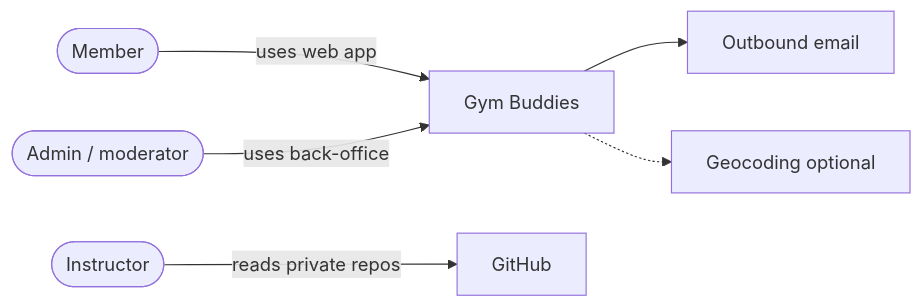
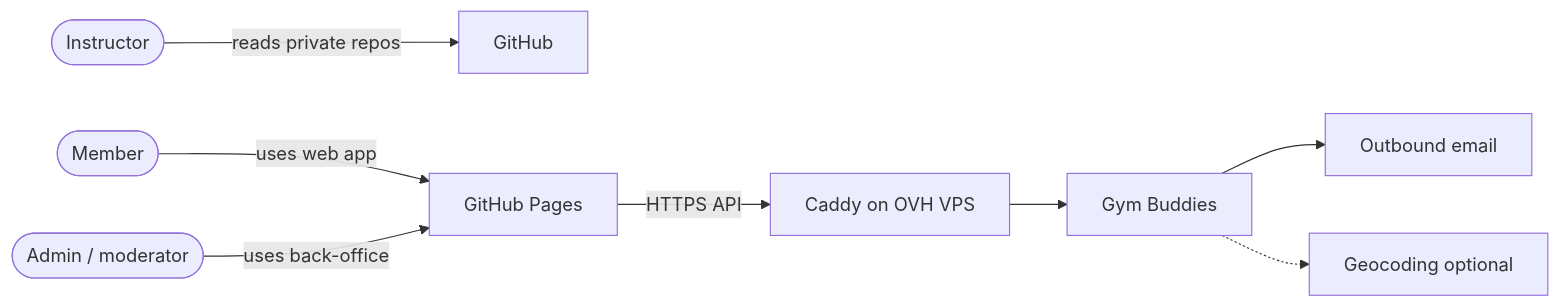
The diagram in 20-Architecture/02-System-context.md (Projet-de-compensation-2025-2026/gym-buddy-documentation), drawn with Mermaid before and after one commit. The commit also changed other lines of this file and 26 other files, not shown here.

````diff
--- a/20-Architecture/02-System-context.md
+++ b/20-Architecture/02-System-context.md
@@ -10,18 +10,22 @@
 ```mermaid
 flowchart LR
   member([Member])
   staff([Admin / moderator])
   instructor([Instructor])
 
   gb[Gym Buddies]
+  caddy[Caddy on OVH VPS]
 
   email[Outbound email]
   geo[Geocoding optional]
   gh[GitHub]
+  pages[GitHub Pages]
 
-  member -->|uses web app| gb
-  staff -->|uses back-office| gb
+  member -->|uses web app| pages
+  pages -->|HTTPS API| caddy
+  caddy --> gb
+  staff -->|uses back-office| pages
   gb --> email
   gb -.-> geo
   instructor -->|reads private repos| gh
 ```
````
